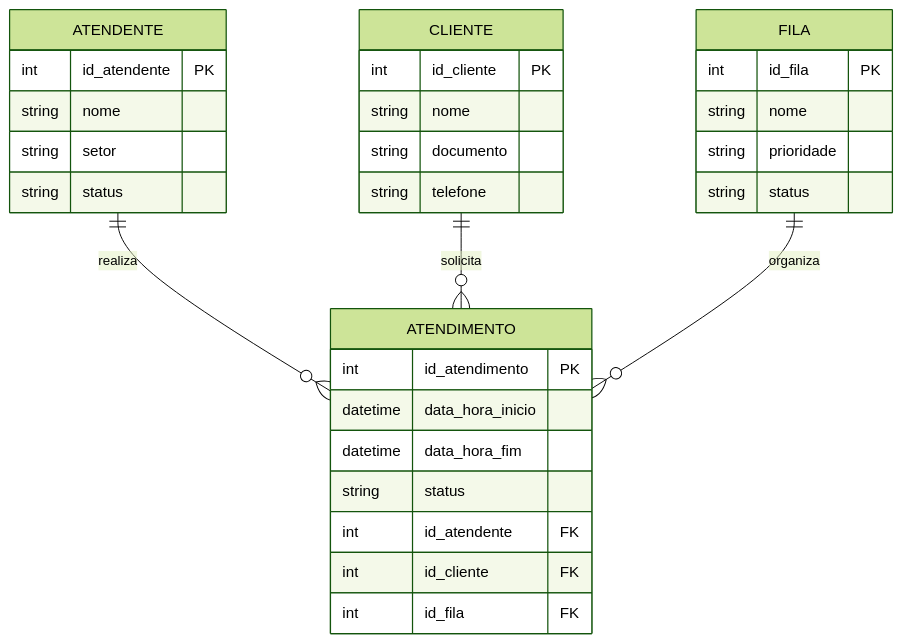
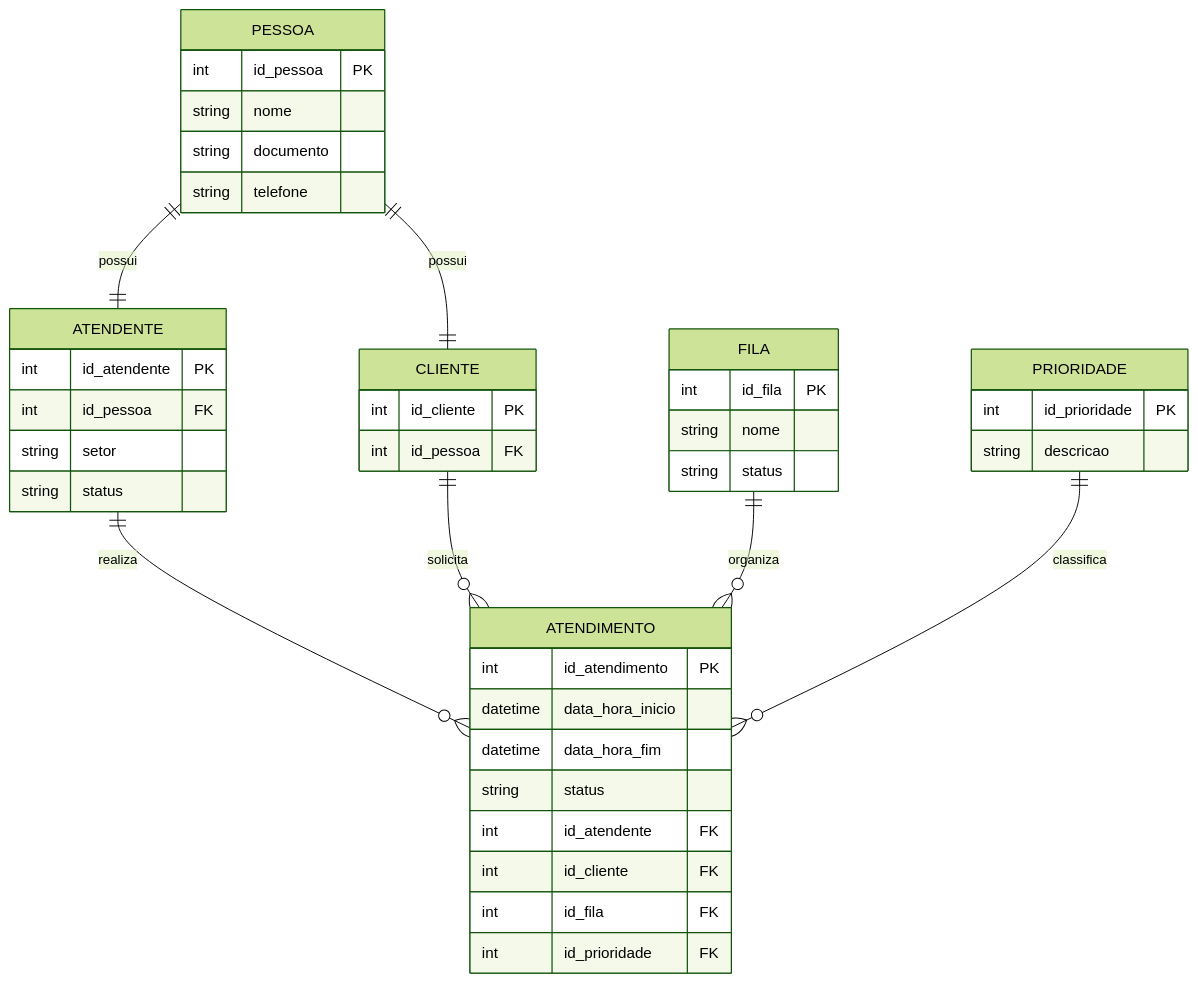
The diagram in README.md (SrSmithsm/Aplicativo-de-registro-de-atendimento), drawn with Mermaid (forest theme) before and after one commit.

Commit message:
Segunda alteração
Ajuste no modelo de dados: entidade Pessoa e prioridade no atendimento

````diff
--- a/README.md
+++ b/README.md
@@ -25,37 +25,51 @@
 ```mermaid
 erDiagram
+    PESSOA {
+        int id_pessoa PK
+        string nome
+        string documento
+        string telefone
+    }
+
     ATENDENTE {
         int id_atendente PK
-        string nome
+        int id_pessoa FK
         string setor
         string status
     }
 
     CLIENTE {
         int id_cliente PK
-        string nome
-        string documento
-        string telefone
+        int id_pessoa FK
     }
 
     FILA {
         int id_fila PK
         string nome
-        string prioridade
         string status
+    }
+
+    PRIORIDADE {
+        int id_prioridade PK
+        string descricao
     }
 
     ATENDIMENTO {
         int id_atendimento PK
         datetime data_hora_inicio
         datetime data_hora_fim
         string status
         int id_atendente FK
         int id_cliente FK
         int id_fila FK
+        int id_prioridade FK
     }
 
+    PESSOA ||--|| ATENDENTE : possui
+    PESSOA ||--|| CLIENTE : possui
     ATENDENTE ||--o{ ATENDIMENTO : realiza
     CLIENTE ||--o{ ATENDIMENTO : solicita
     FILA ||--o{ ATENDIMENTO : organiza
+    PRIORIDADE ||--o{ ATENDIMENTO : classifica
+
 ```
````
